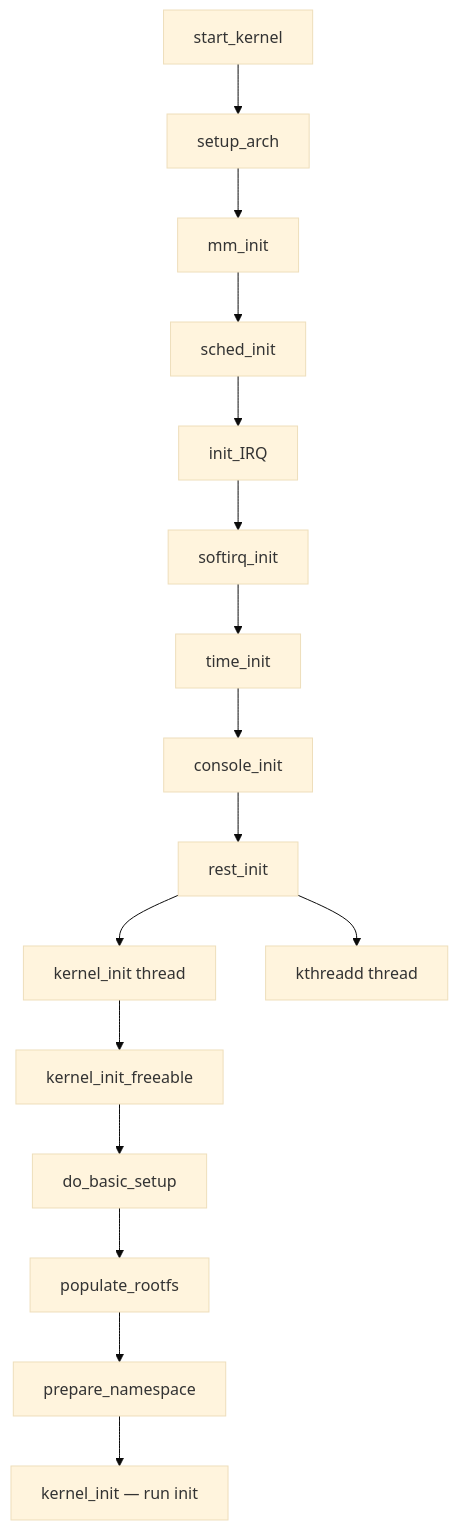
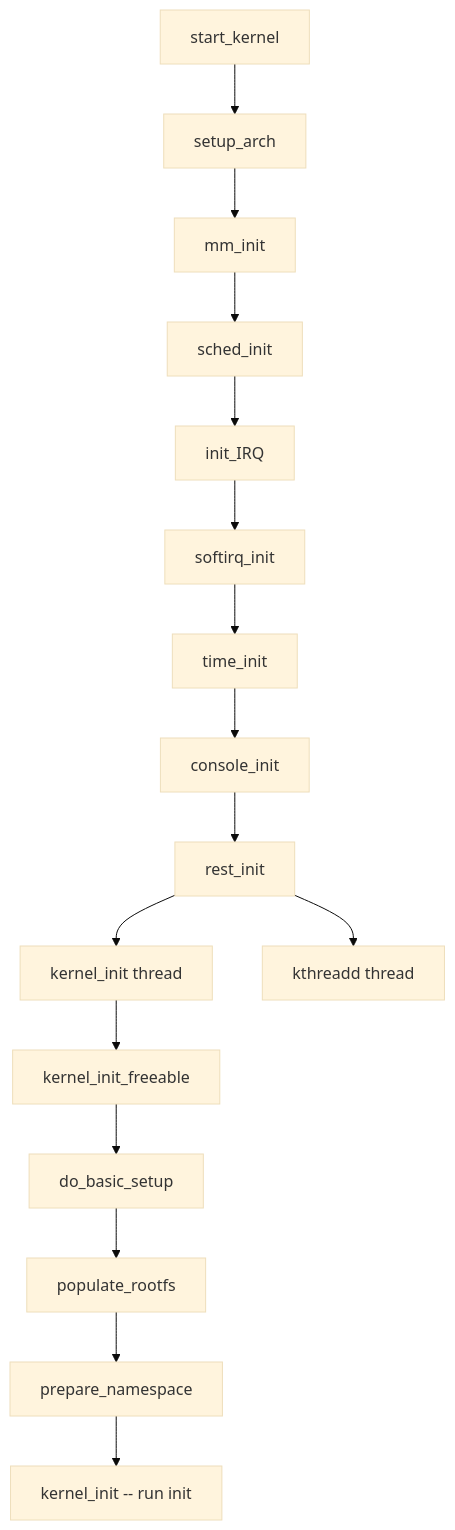
Before and after one commit to Abhinav-Kumar012/lb2: the fourth of 6 diagrams in src/kernel/boot-process.md, drawn with Mermaid (base theme). The commit also changed other lines of this file and 211 other files, not shown here.

First line of the commit message:
fix: mermaid syntax issues across 212 files

````diff
--- a/src/kernel/boot-process.md
+++ b/src/kernel/boot-process.md
@@ -319,18 +319,18 @@
 ```mermaid
 graph TD
     A[start_kernel] --> B[setup_arch]
     B --> C[mm_init]
     C --> D[sched_init]
     D --> E[init_IRQ]
     E --> F[softirq_init]
     F --> G[time_init]
     G --> H[console_init]
     H --> I[rest_init]
     I --> J[kernel_init thread]
     I --> K[kthreadd thread]
     J --> L[kernel_init_freeable]
     L --> M[do_basic_setup]
     M --> N[populate_rootfs]
     N --> O[prepare_namespace]
-    O --> P[kernel_init — run init]
+    O --> P[kernel_init -- run init]
 ```
````
